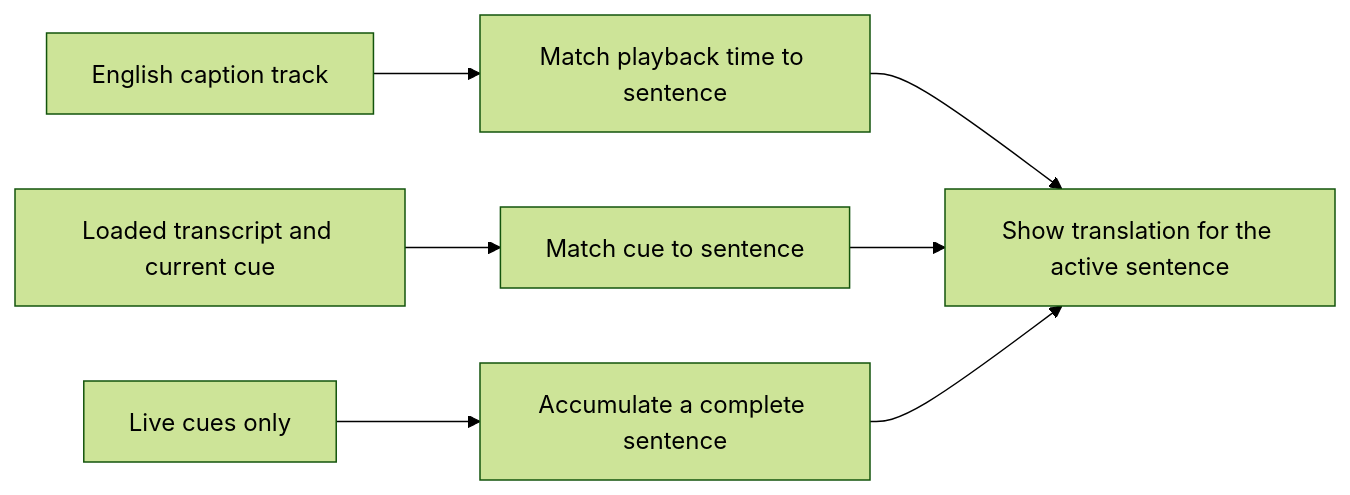
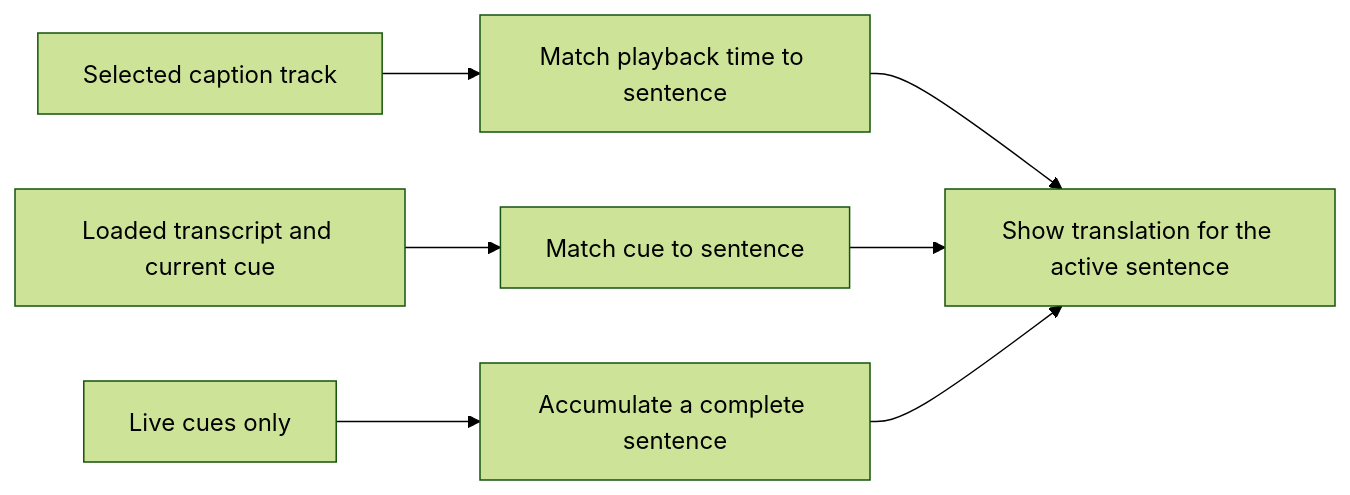
One commit to JaceDashS/udemy-korean-translator changed the diagram in docs/design/caption/10-live-caption.md. Above: the diagram before and after it, drawn with Mermaid (forest theme). The commit also changed other lines of this file and 16 other files, not shown here.

````diff
--- a/docs/design/caption/10-live-caption.md
+++ b/docs/design/caption/10-live-caption.md
@@ -14,9 +14,9 @@
 ```mermaid
 flowchart LR
-    A[English caption track] --> B[Match playback time to sentence]
+    A[Selected caption track] --> B[Match playback time to sentence]
     C[Loaded transcript and current cue] --> D[Match cue to sentence]
     B --> E[Show translation for the active sentence]
     D --> E
     F[Live cues only] --> G[Accumulate a complete sentence]
     G --> E
 ```
````
